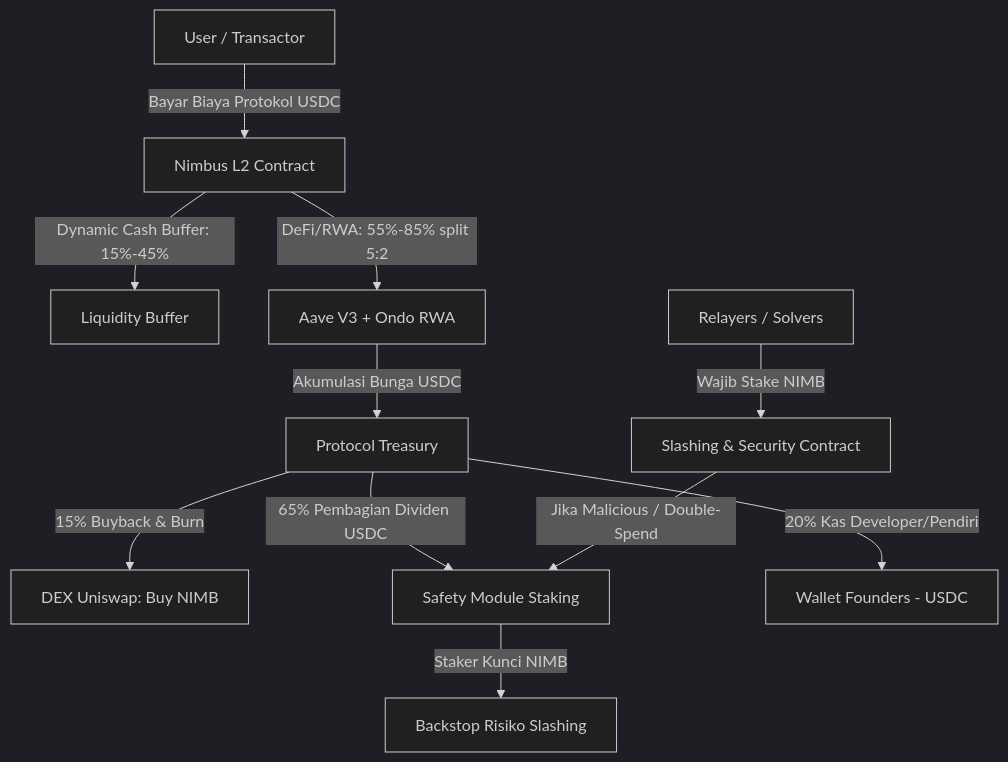
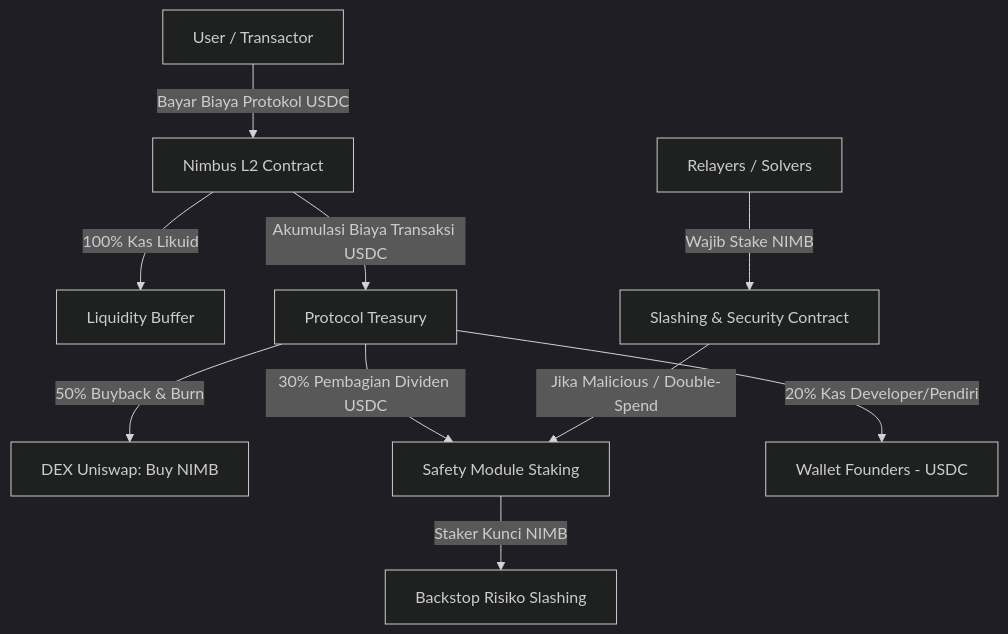
One commit to 0xReLogic/Zeltra-Protocol changed the first of 2 diagrams in docs/tokenomics_design.md. Above: the diagram before and after it, drawn with Mermaid (dark theme). The commit also changed other lines of this file and 7 other files, not shown here.

````diff
--- a/docs/tokenomics_design.md
+++ b/docs/tokenomics_design.md
@@ -17,17 +17,16 @@
 ```mermaid
 flowchart TD
     User[User / Transactor] -->|Bayar Biaya Protokol USDC| Contract[Nimbus L2 Contract]
-    Contract -->|Dynamic Cash Buffer: 15%-45%| LPBuffer[Liquidity Buffer]
-    Contract -->|DeFi/RWA: 55%-85% split 5:2| YieldGen[Aave V3 + Ondo RWA]
+    Contract -->|100% Kas Likuid| LPBuffer[Liquidity Buffer]
     
-    YieldGen -->|Akumulasi Bunga USDC| Treasury[Protocol Treasury]
+    Contract -->|Akumulasi Biaya Transaksi USDC| Treasury[Protocol Treasury]
     
-    Treasury -->|15% Buyback & Burn| DEX[DEX Uniswap: Buy NIMB]
-    Treasury -->|65% Pembagian Dividen USDC| SafetyStaking[Safety Module Staking]
+    Treasury -->|50% Buyback & Burn| DEX[DEX Uniswap: Buy NIMB]
+    Treasury -->|30% Pembagian Dividen USDC| SafetyStaking[Safety Module Staking]
     Treasury -->|20% Kas Developer/Pendiri| Founders[Wallet Founders - USDC]
 
     SafetyStaking -->|Staker Kunci NIMB| SecureShield[Backstop Risiko Slashing]
     
     Relayers[Relayers / Solvers] -->|Wajib Stake NIMB| SlashingContract[Slashing & Security Contract]
     SlashingContract -->|Jika Malicious / Double-Spend| SafetyStaking
 ```
````
